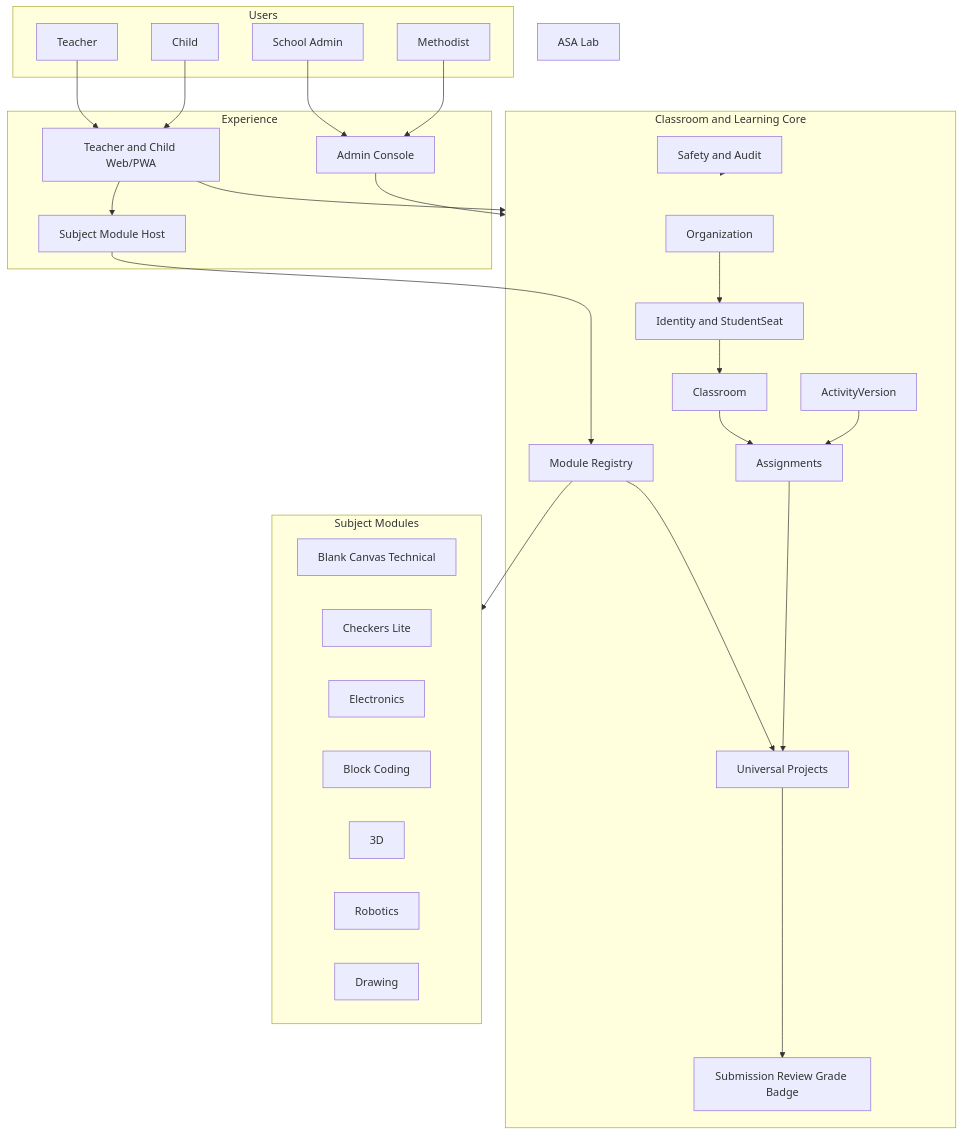
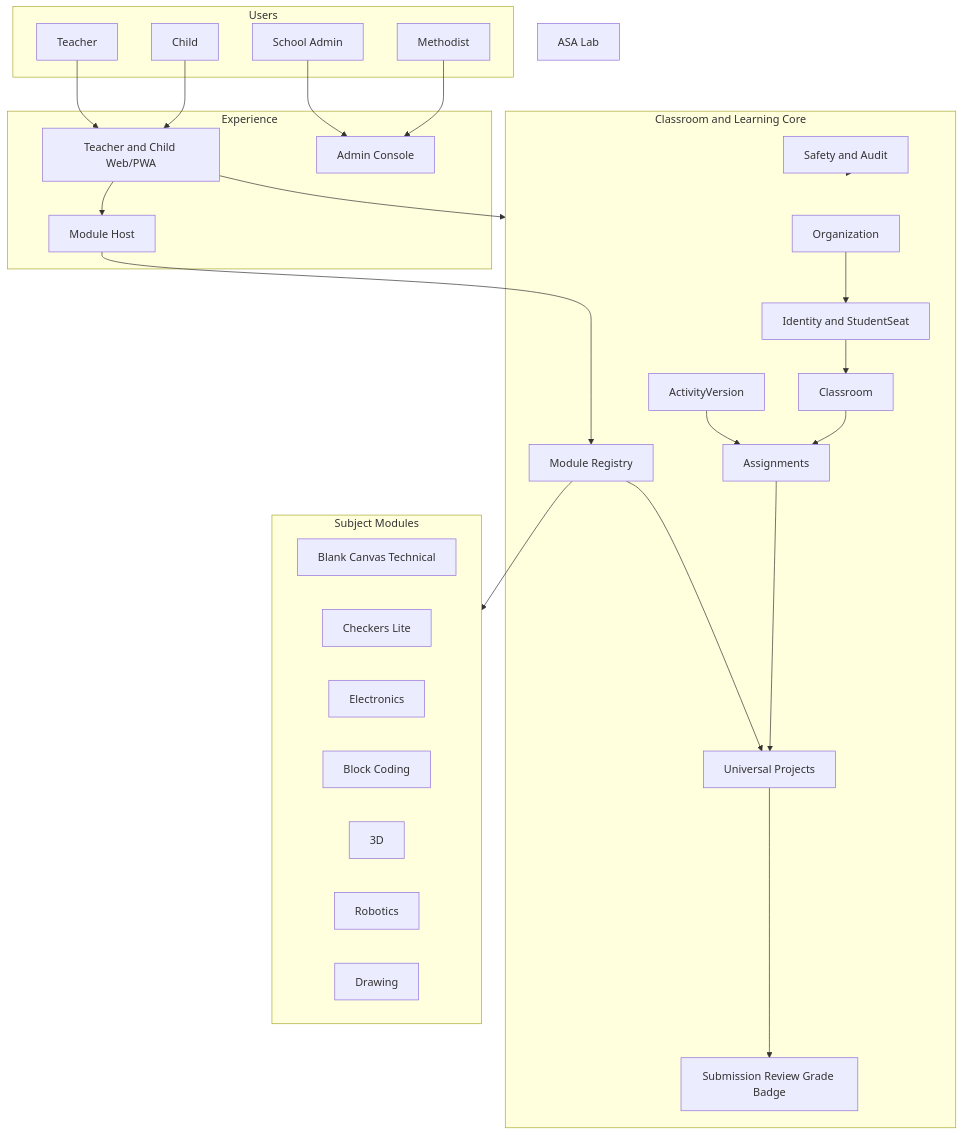
Before and after one commit to spikeal8-maker/asa-lab: the third of 6 diagrams in docs/project-map/PROJECT_MAP.md, drawn with Mermaid. The commit also changed other lines of this file, not shown here.

Commit message:
docs(map): distinguish delivery stages from architecture horizons

````diff
--- a/docs/project-map/PROJECT_MAP.md
+++ b/docs/project-map/PROJECT_MAP.md
@@ -42,57 +66,54 @@
 ```mermaid
 flowchart TB
     ASA[ASA Lab]
 
     subgraph USERS[Users]
         TEACHER[Teacher]
         CHILD[Child]
         ADMIN[School Admin]
         METHODIST[Methodist]
     end
 
     subgraph EXPERIENCE[Experience]
         WEB[Teacher and Child Web/PWA]
         ADMINUI[Admin Console]
-        MODULEHOST[Subject Module Host]
+        HOST[Module Host]
     end
 
     subgraph CORE[Classroom and Learning Core]
         ORG[Organization]
         ID[Identity and StudentSeat]
         CLASS[Classroom]
         CONTENT[ActivityVersion]
-        PROJECT[Universal Projects]
+        PROJECTS[Universal Projects]
         ASSIGN[Assignments]
-        REVIEW[Submission Review Grade Badge]
+        ASSESS[Submission Review Grade Badge]
         REGISTRY[Module Registry]
         SAFE[Safety and Audit]
     end
 
     subgraph MODULES[Subject Modules]
         BLANK[Blank Canvas Technical]
         CHECKERS[Checkers Lite]
         ELEC[Electronics]
         BLOCKS[Block Coding]
         D3[3D]
         ROBOT[Robotics]
         DRAW[Drawing]
     end
 
     TEACHER --> WEB
     CHILD --> WEB
     ADMIN --> ADMINUI
     METHODIST --> ADMINUI
     WEB --> CORE
-    ADMINUI --> CORE
-    WEB --> MODULEHOST
-    MODULEHOST --> REGISTRY
+    WEB --> HOST
+    HOST --> REGISTRY
     REGISTRY --> MODULES
-    ORG --> ID
-    ID --> CLASS
+    ORG --> ID --> CLASS
+    CONTENT --> ASSIGN
     CLASS --> ASSIGN
-    CONTENT --> ASSIGN
-    REGISTRY --> PROJECT
-    ASSIGN --> PROJECT
-    PROJECT --> REVIEW
+    REGISTRY --> PROJECTS
+    ASSIGN --> PROJECTS --> ASSESS
     SAFE --> CORE
 ```
````
